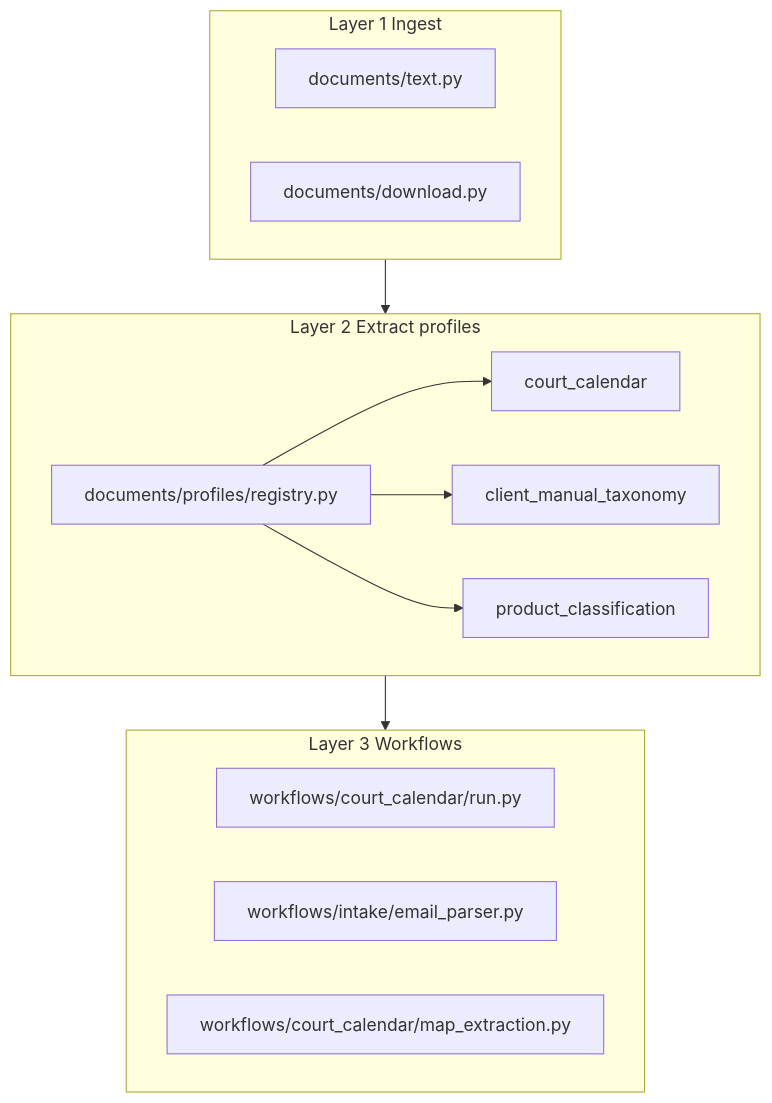
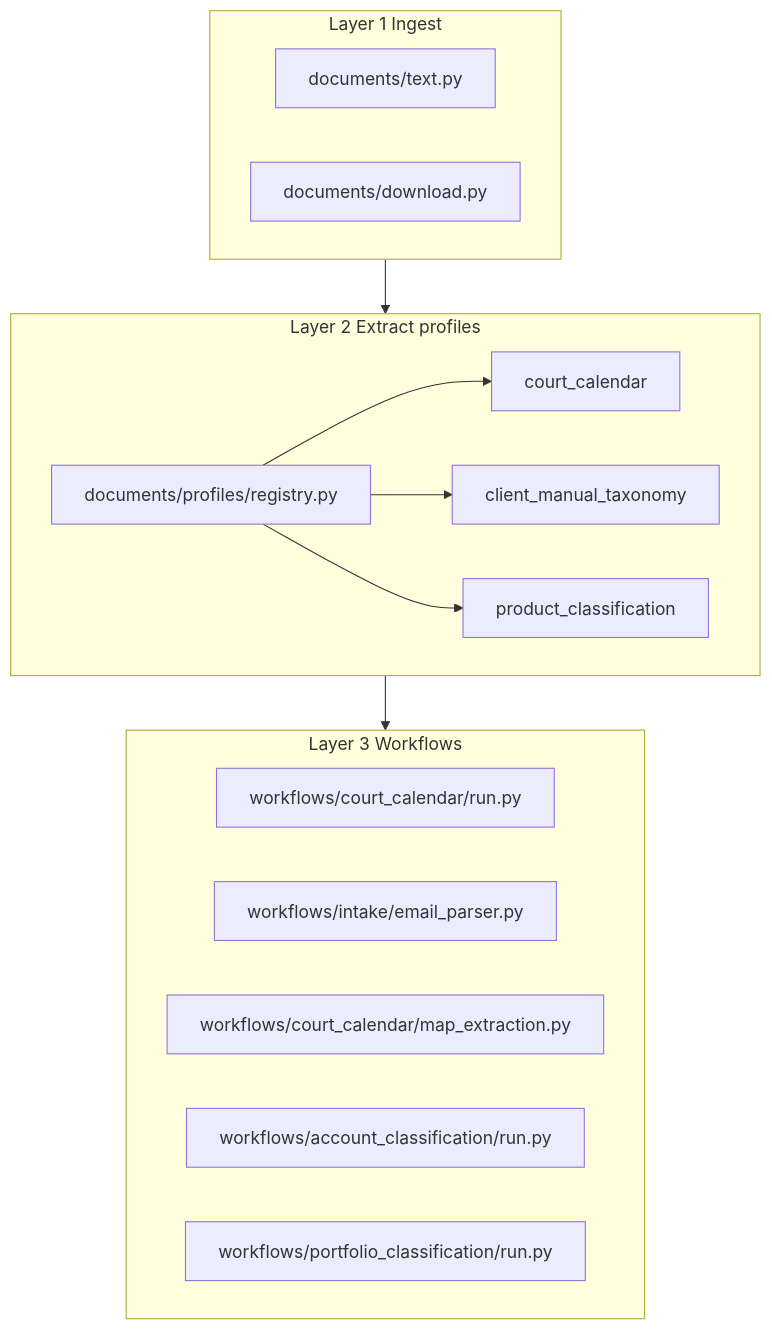
One commit to hasanht0628/polly changed the first of 3 diagrams in docs/architecture.md. Above: the diagram before and after it, drawn with Mermaid. The commit also changed other lines of this file and 4 other files, not shown here.

First line of the commit message:
Sync docs with portfolio/classification workflows and clarify --docs-root.

````diff
--- a/docs/architecture.md
+++ b/docs/architecture.md
@@ -7,23 +7,25 @@
 ```mermaid
 flowchart TB
   subgraph layer1 [Layer 1 Ingest]
     text[documents/text.py]
     download[documents/download.py]
   end
   subgraph layer2 [Layer 2 Extract profiles]
     registry[documents/profiles/registry.py]
     courtProf[court_calendar]
     manualProf[client_manual_taxonomy]
     classProf[product_classification]
   end
   subgraph layer3 [Layer 3 Workflows]
     courtRun[workflows/court_calendar/run.py]
     emailParse[workflows/intake/email_parser.py]
     mapper[workflows/court_calendar/map_extraction.py]
+    acctRun[workflows/account_classification/run.py]
+    portRun[workflows/portfolio_classification/run.py]
   end
   layer1 --> layer2
   layer2 --> layer3
   registry --> courtProf
   registry --> manualProf
   registry --> classProf
 ```
````
